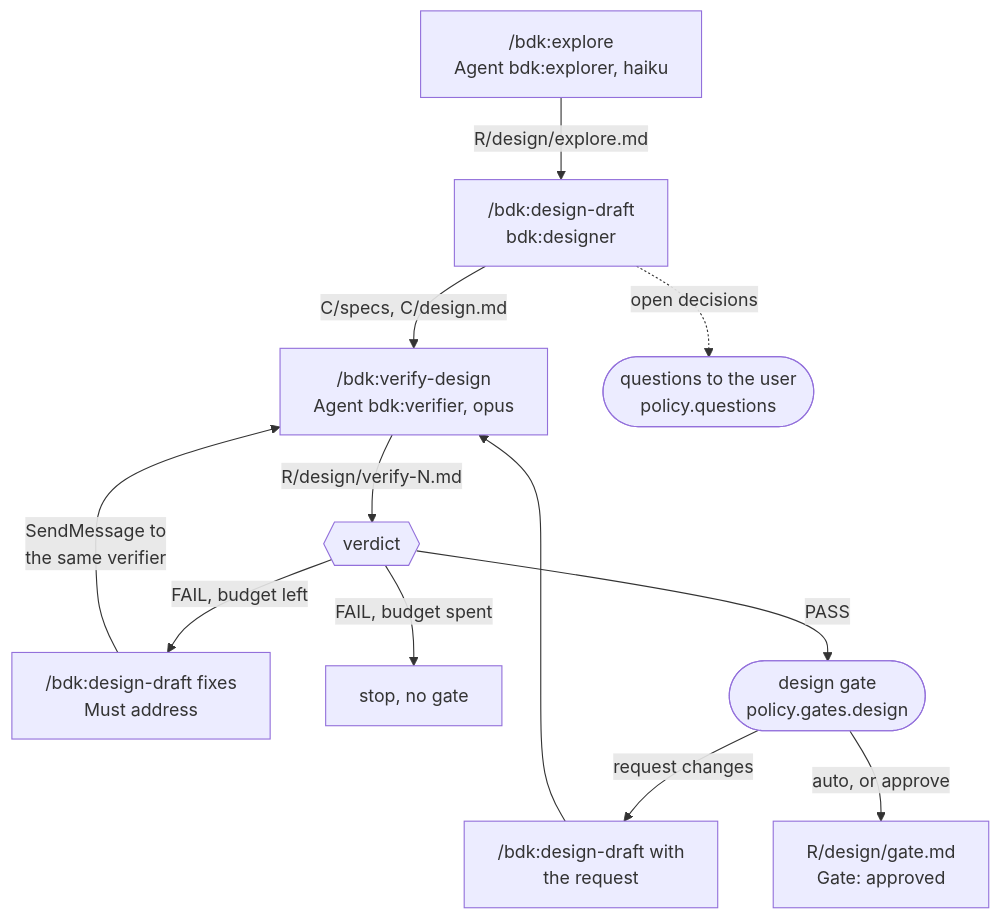
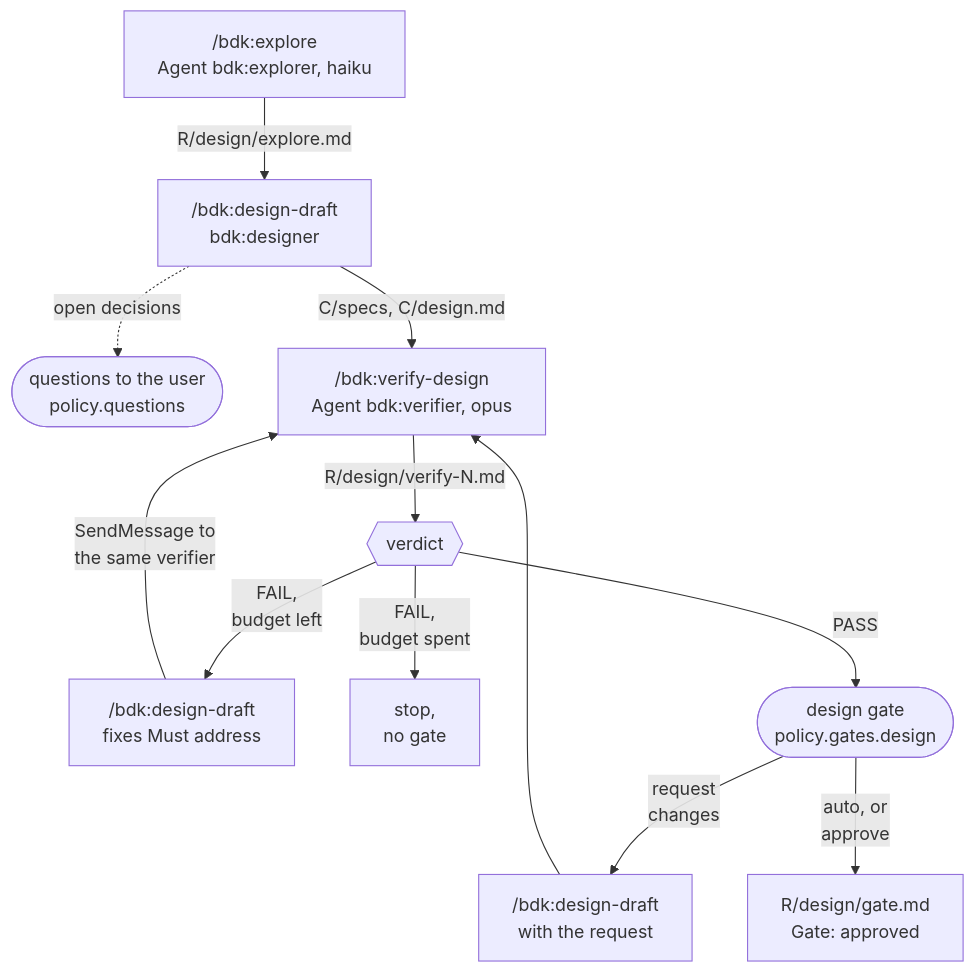
The third of 15 diagrams in docs/concepts/orchestrators.md (broneq/bdk), drawn with Mermaid before and after one commit. The commit also changed other lines of this file and 20 other files, not shown here.

First line of the commit message:
fix(docs): fit every diagram into the content column

````diff
--- a/docs/concepts/orchestrators.md
+++ b/docs/concepts/orchestrators.md
@@ -43,13 +43,13 @@
 ```mermaid
 flowchart TB
   EX["/bdk:explore<br/>Agent bdk:explorer, haiku"] -->|"R/design/explore.md"| DR
-  DR["/bdk:design-draft<br/>bdk:designer"] -->|"C/specs, C/design.md"| VER
-  DR -.->|"open decisions"| Q(["questions to the user<br/>policy.questions"])
+  DR["/bdk:design-draft<br/>bdk:designer"] -.->|"open decisions"| Q(["questions to the user<br/>policy.questions"])
+  DR -->|"C/specs, C/design.md"| VER
   VER["/bdk:verify-design<br/>Agent bdk:verifier, opus"] -->|"R/design/verify-N.md"| V{{"verdict"}}
-  V -->|"FAIL, budget left"| FIX["/bdk:design-draft fixes<br/>Must address"]
+  V -->|"FAIL,<br/>budget left"| FIX["/bdk:design-draft<br/>fixes Must address"]
   FIX -->|"SendMessage to<br/>the same verifier"| VER
-  V -->|"FAIL, budget spent"| STOPB["stop, no gate"]
+  V -->|"FAIL,<br/>budget spent"| STOPB["stop,<br/>no gate"]
   V -->|"PASS"| GATE(["design gate<br/>policy.gates.design"])
-  GATE -->|"request changes"| REV["/bdk:design-draft with<br/>the request"] --> VER
-  GATE -->|"auto, or approve"| GF["R/design/gate.md<br/>Gate: approved"]
+  GATE -->|"request<br/>changes"| REV["/bdk:design-draft<br/>with the request"] --> VER
+  GATE -->|"auto, or<br/>approve"| GF["R/design/gate.md<br/>Gate: approved"]
 ```
````
